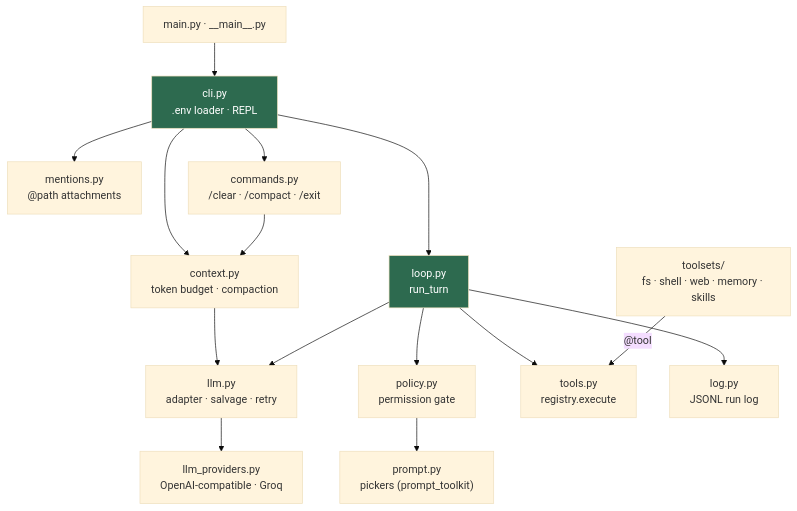
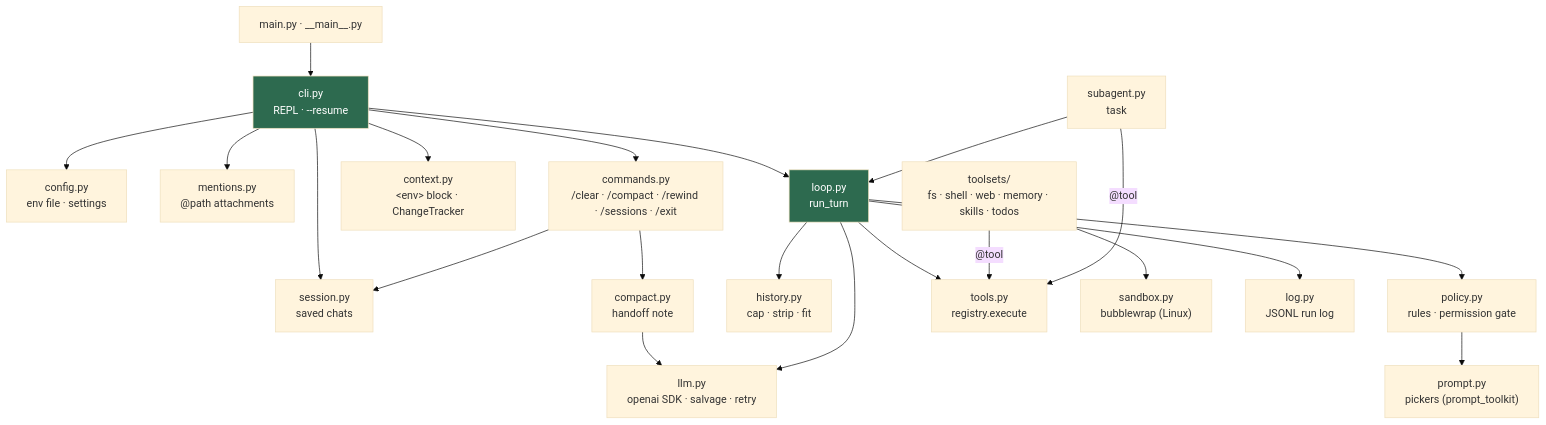
The diagram in doc/architecture.md (maulikmadhavi/make_my_harness), drawn with Mermaid (base theme) before and after one commit. The commit also changed other lines of this file and 2 other files, not shown here.

First line of the commit message:
Stage 34: README and architecture.md for the aligned harness

````diff
--- a/doc/architecture.md
+++ b/doc/architecture.md
@@ -11,20 +12,26 @@
 ```mermaid
 flowchart TD
-    entry["main.py · __main__.py"] --> cli["cli.py<br/>.env loader · REPL"]
+    entry["main.py · __main__.py"] --> cli["cli.py<br/>REPL · --resume"]
+    cli --> config["config.py<br/>env file · settings"]
     cli --> mentions["mentions.py<br/>@path attachments"]
-    cli --> commands["commands.py<br/>/clear · /compact · /exit"]
-    cli --> context["context.py<br/>token budget · compaction"]
-    commands --> context
+    cli --> commands["commands.py<br/>/clear · /compact · /rewind · /sessions · /exit"]
+    cli --> context["context.py<br/>&lt;env&gt; block · ChangeTracker"]
+    cli --> session["session.py<br/>saved chats"]
+    commands --> session
+    commands --> compact["compact.py<br/>handoff note"]
+    compact --> llm
     cli --> loop["loop.py<br/>run_turn"]
-    context --> llm
-    loop --> llm["llm.py<br/>adapter · salvage · retry"]
-    llm --> providers["llm_providers.py<br/>OpenAI-compatible · Groq"]
-    loop --> policy["policy.py<br/>permission gate"]
+    loop --> history["history.py<br/>cap · strip · fit"]
+    loop --> llm["llm.py<br/>openai SDK · salvage · retry"]
+    loop --> policy["policy.py<br/>rules · permission gate"]
     policy --> prompt["prompt.py<br/>pickers (prompt_toolkit)"]
     loop --> tools["tools.py<br/>registry.execute"]
-    toolsets["toolsets/<br/>fs · shell · web · memory · skills"] -- "@tool" --> tools
+    toolsets["toolsets/<br/>fs · shell · web · memory · skills · todos"] -- "@tool" --> tools
+    subagent["subagent.py<br/>task"] -- "@tool" --> tools
+    subagent --> loop
+    toolsets --> sandbox["sandbox.py<br/>bubblewrap (Linux)"]
     loop --> log["log.py<br/>JSONL run log"]
 
     style cli fill:#2d6a4f,color:#fff
     style loop fill:#2d6a4f,color:#fff
 ```
````
